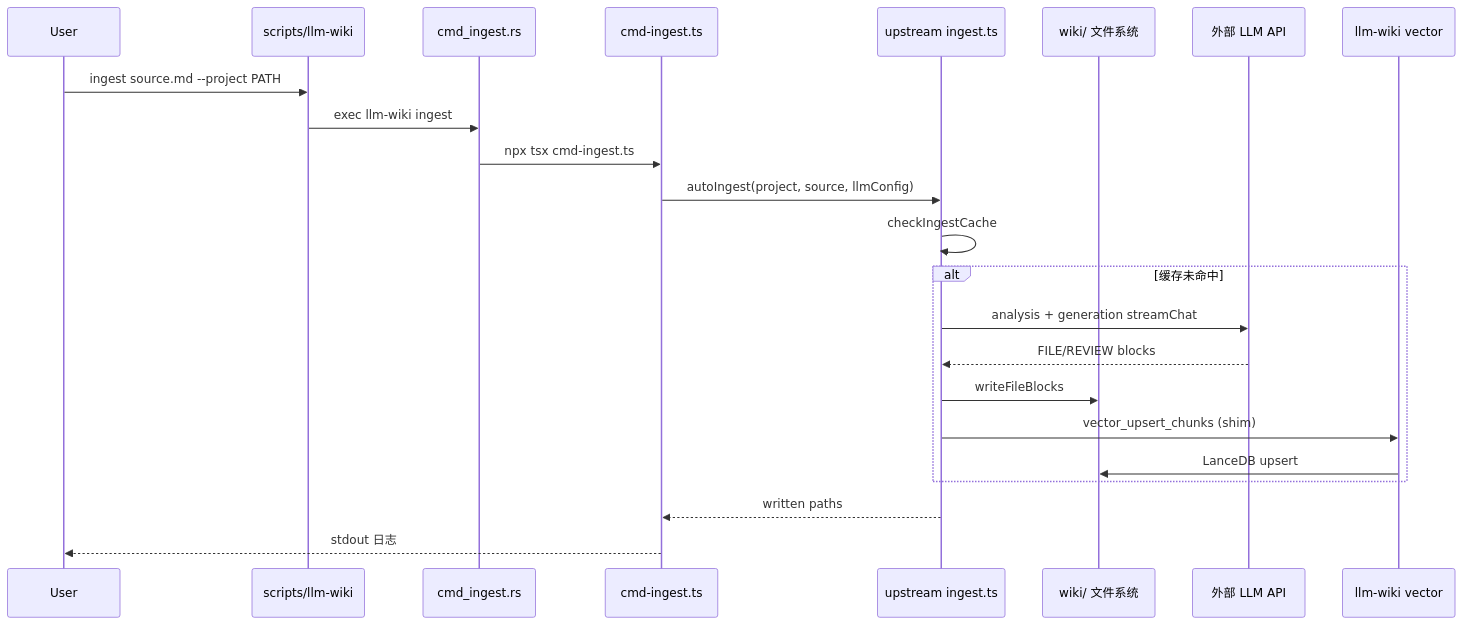
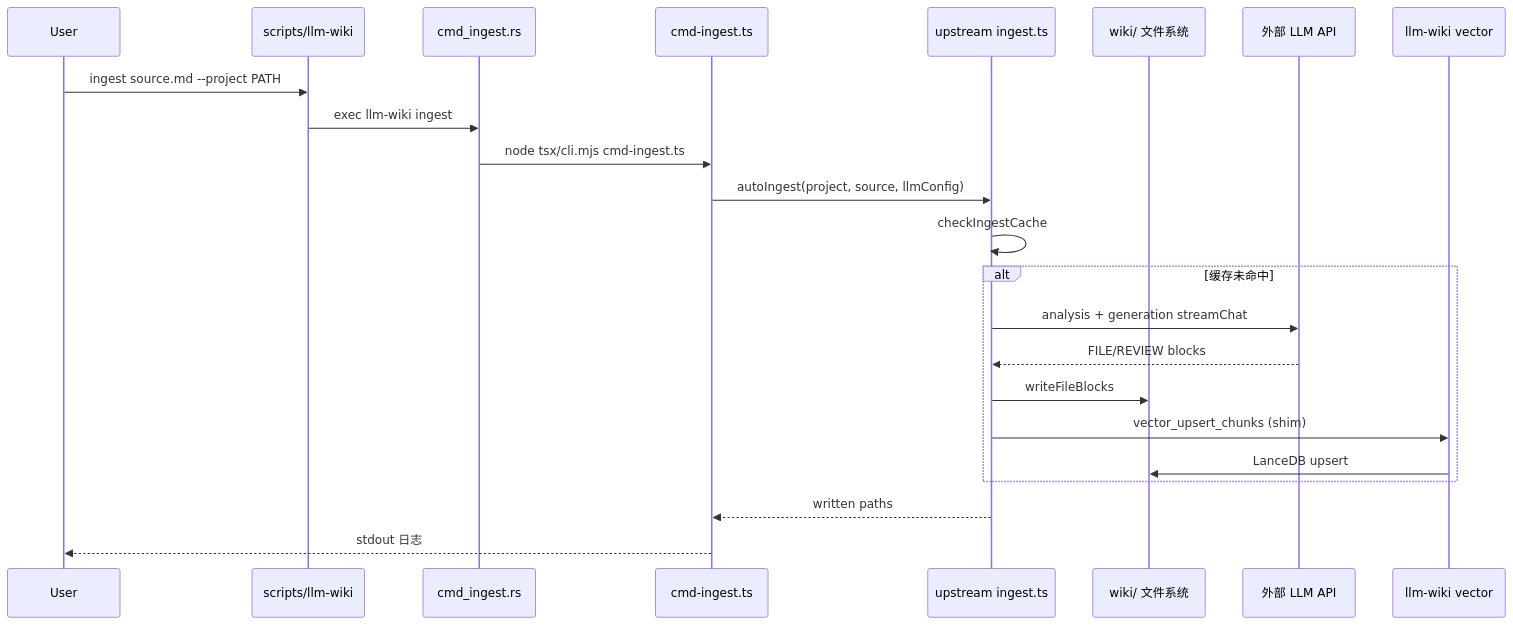
Before and after one commit to dfsffsa/llm_wiki-server: the third of 10 diagrams in docs/代码结构总览.md, drawn with Mermaid. The commit also changed other lines of this file and 7 other files, not shown here.

````diff
--- a/docs/代码结构总览.md
+++ b/docs/代码结构总览.md
@@ -350,26 +363,26 @@
 ```mermaid
 sequenceDiagram
   participant User
   participant Bash as scripts/llm-wiki
   participant Rust as cmd_ingest.rs
   participant Node as cmd-ingest.ts
   participant Ingest as upstream ingest.ts
   participant FS as wiki/ 文件系统
   participant LLM as 外部 LLM API
   participant Vec as llm-wiki vector
 
   User->>Bash: ingest source.md --project PATH
   Bash->>Rust: exec llm-wiki ingest
-  Rust->>Node: npx tsx cmd-ingest.ts
+  Rust->>Node: node tsx/cli.mjs cmd-ingest.ts
   Node->>Ingest: autoIngest(project, source, llmConfig)
   Ingest->>Ingest: checkIngestCache
   alt 缓存未命中
     Ingest->>LLM: analysis + generation streamChat
     LLM-->>Ingest: FILE/REVIEW blocks
     Ingest->>FS: writeFileBlocks
     Ingest->>Vec: vector_upsert_chunks (shim)
     Vec->>FS: LanceDB upsert
   end
   Ingest-->>Node: written paths
   Node-->>User: stdout 日志
 ```
````
